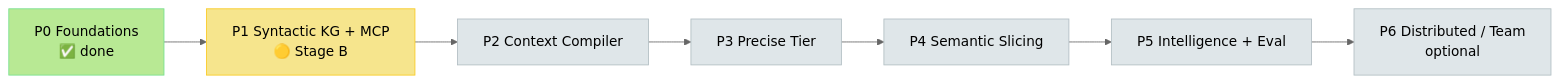
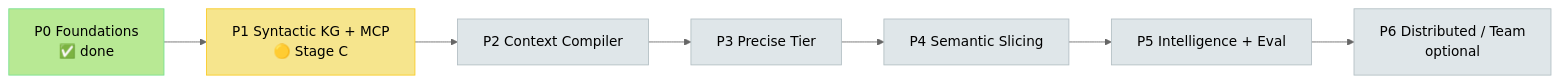
The first of 2 diagrams in docs/planning/TASKS-AND-PROGRESS.md (Md-Jazbee/prism), drawn with Mermaid (neutral theme) before and after one commit. The commit also changed other lines of this file and 13 other files, not shown here.

````diff
--- a/docs/planning/TASKS-AND-PROGRESS.md
+++ b/docs/planning/TASKS-AND-PROGRESS.md
@@ -26,17 +26,17 @@
 ```mermaid
 flowchart LR
-    P0[P0 Foundations<br/>✅ done] --> P1[P1 Syntactic KG + MCP<br/>🟡 Stage B]
+    P0[P0 Foundations<br/>✅ done] --> P1[P1 Syntactic KG + MCP<br/>🟡 Stage C]
     P1 --> P2[P2 Context Compiler]
     P2 --> P3[P3 Precise Tier]
     P3 --> P4[P4 Semantic Slicing]
     P4 --> P5[P5 Intelligence + Eval]
     P5 --> P6[P6 Distributed / Team<br/>optional]
 
     style P0 fill:#b8e994,stroke:#78e08f,color:#000
     style P1 fill:#f6e58d,stroke:#f9ca24,color:#000
     style P2 fill:#dfe6e9,stroke:#b2bec3,color:#000
     style P3 fill:#dfe6e9,stroke:#b2bec3,color:#000
     style P4 fill:#dfe6e9,stroke:#b2bec3,color:#000
     style P5 fill:#dfe6e9,stroke:#b2bec3,color:#000
     style P6 fill:#dfe6e9,stroke:#b2bec3,color:#000
 ```
````
